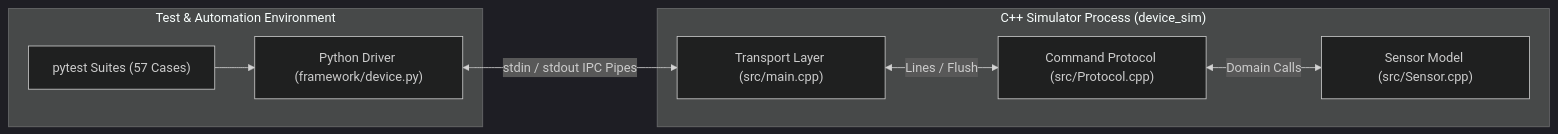
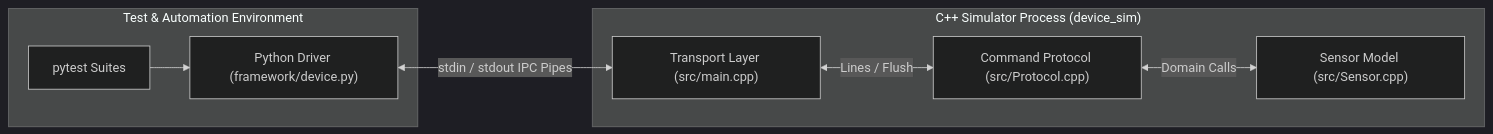
One commit to EdenEitan/Temperature-Sensor-Simulator changed the diagram in README.md. Above: the diagram before and after it, drawn with Mermaid (dark theme). The commit also changed other lines of this file, not shown here.

````diff
--- a/README.md
+++ b/README.md
@@ -11,19 +11,19 @@
 ```mermaid
 flowchart LR
     subgraph TestEnvironment["Test & Automation Environment"]
-        PyTest["pytest Suites (57 Cases)"]
+        PyTest["pytest Suites "]
         Driver["Python Driver (framework/device.py)"]
         PyTest --> Driver
     end
 
     subgraph SimulatorProcess["C++ Simulator Process (device_sim)"]
         Transport["Transport Layer (src/main.cpp)"]
         Protocol["Command Protocol (src/Protocol.cpp)"]
         Sensor["Sensor Model (src/Sensor.cpp)"]
 
         Transport <-->|Lines / Flush| Protocol
         Protocol <-->|Domain Calls| Sensor
     end
 
     Driver <-->|stdin / stdout IPC Pipes| Transport
 ```
````
